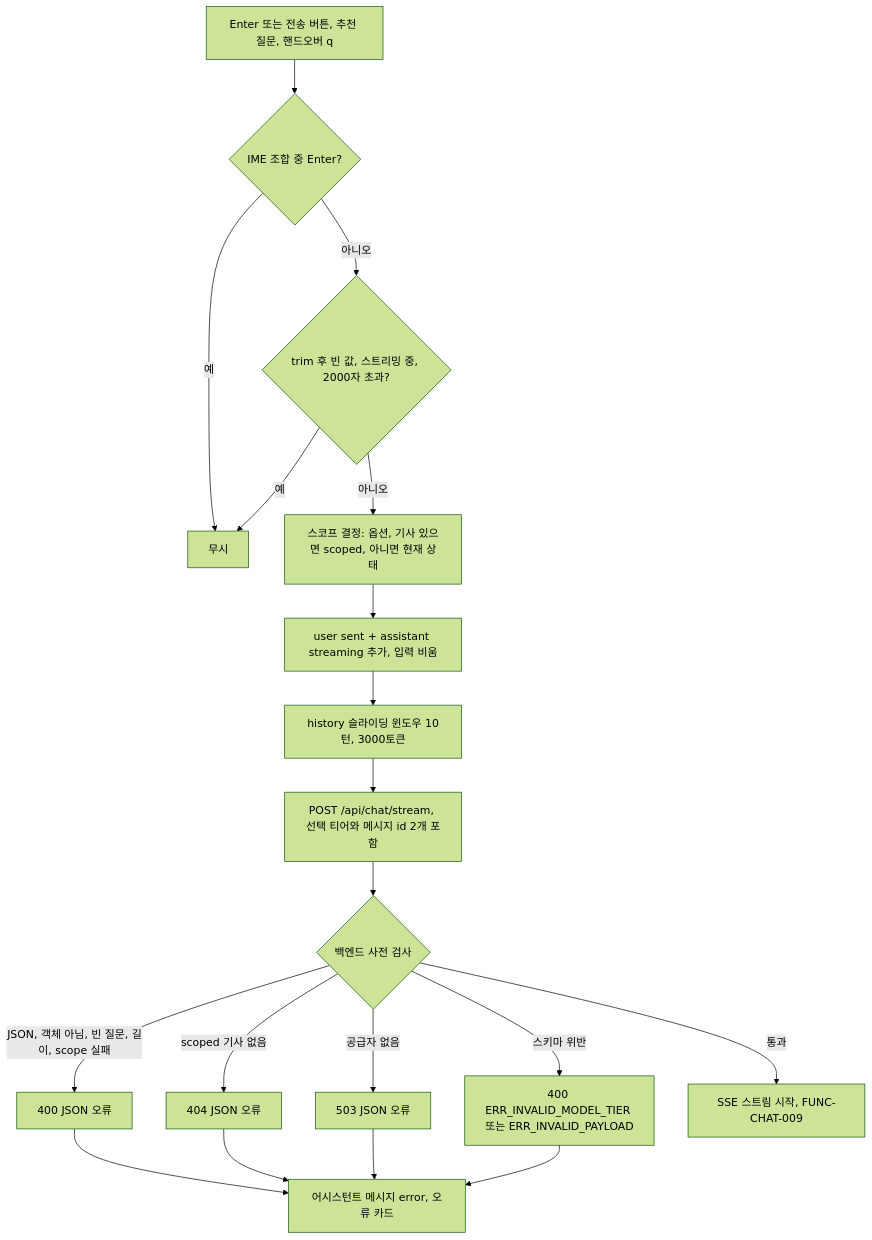
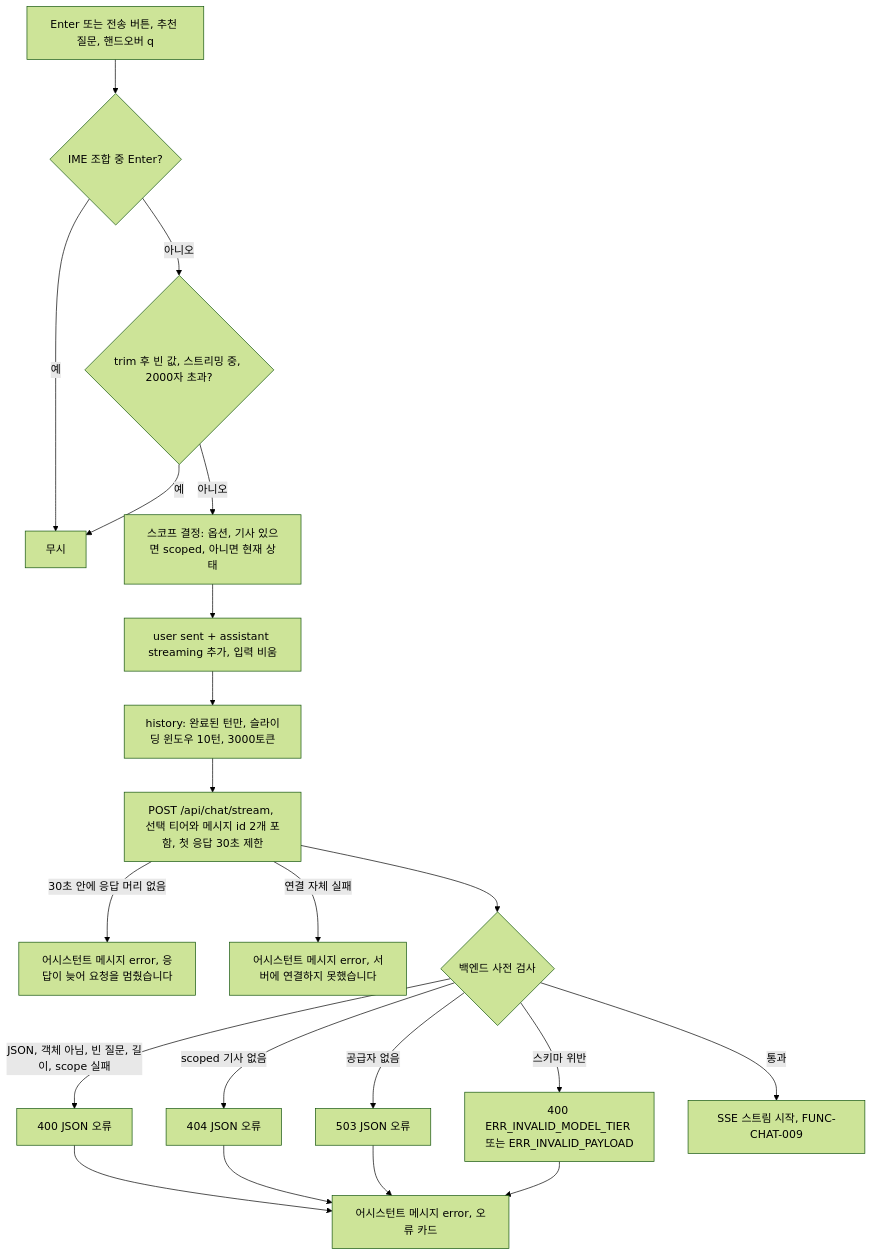
Before and after one commit to ozplayground/agent-lens: the eighth of 27 diagrams in docs/spec-writer/fsd/02_AI_CHAT_SPECIFICATION.md, drawn with Mermaid (forest theme). The commit also changed other lines of this file and 216 other files, not shown here.

````diff
--- a/docs/spec-writer/fsd/02_AI_CHAT_SPECIFICATION.md
+++ b/docs/spec-writer/fsd/02_AI_CHAT_SPECIFICATION.md
@@ -610,21 +622,23 @@
 ```mermaid
 flowchart TD
     A["Enter 또는 전송 버튼, 추천 질문, 핸드오버 q"] --> B{"IME 조합 중 Enter?"}
     B -->|예| Z["무시"]
     B -->|아니오| C{"trim 후 빈 값, 스트리밍 중, 2000자 초과?"}
     C -->|예| Z
     C -->|아니오| D["스코프 결정: 옵션, 기사 있으면 scoped, 아니면 현재 상태"]
     D --> E["user sent + assistant streaming 추가, 입력 비움"]
-    E --> F["history 슬라이딩 윈도우 10턴, 3000토큰"]
-    F --> G["POST /api/chat/stream, 선택 티어와 메시지 id 2개 포함"]
+    E --> F["history: 완료된 턴만, 슬라이딩 윈도우 10턴, 3000토큰"]
+    F --> G["POST /api/chat/stream, 선택 티어와 메시지 id 2개 포함, 첫 응답 30초 제한"]
+    G -->|30초 안에 응답 머리 없음| T["어시스턴트 메시지 error, 응답이 늦어 요청을 멈췄습니다"]
+    G -->|연결 자체 실패| T2["어시스턴트 메시지 error, 서버에 연결하지 못했습니다"]
     G --> H{"백엔드 사전 검사"}
     H -->|JSON, 객체 아님, 빈 질문, 길이, scope 실패| I["400 JSON 오류"]
     H -->|스키마 위반| L["400 ERR_INVALID_MODEL_TIER 또는 ERR_INVALID_PAYLOAD"]
     H -->|scoped 기사 없음| J["404 JSON 오류"]
     H -->|공급자 없음| K["503 JSON 오류"]
     H -->|통과| M["SSE 스트림 시작, FUNC-CHAT-009"]
     I --> N["어시스턴트 메시지 error, 오류 카드"]
     J --> N
     K --> N
     L --> N
 ```
````
